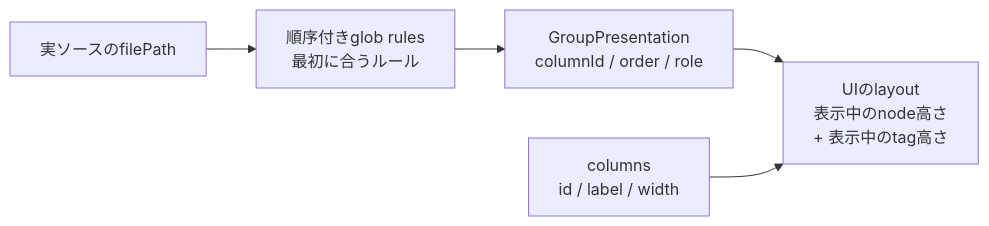
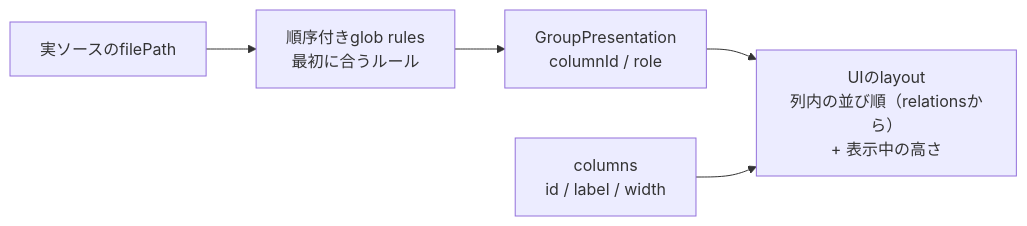
Before and after one commit to zeltjs/zelt: diagram 11 of 13 in mocks/studio-spatial/generic-extraction-design.md, drawn with Mermaid. The commit also changed other lines of this file, not shown here.

```diff
--- a/mocks/studio-spatial/generic-extraction-design.md
+++ b/mocks/studio-spatial/generic-extraction-design.md
@@ -586,7 +875,7 @@
 ~~~mermaid
 flowchart LR
   F["実ソースのfilePath"] --> R["順序付きglob rules<br/>最初に合うルール"]
-  R --> P["GroupPresentation<br/>columnId / order / role"]
-  P --> U["UIのlayout<br/>表示中のnode高さ<br/>+ 表示中のtag高さ"]
+  R --> P["GroupPresentation<br/>columnId / role"]
+  P --> U["UIのlayout<br/>列内の並び順（relationsから）<br/>+ 表示中の高さ"]
   C["columns<br/>id / label / width"] --> U
 ~~~
```
